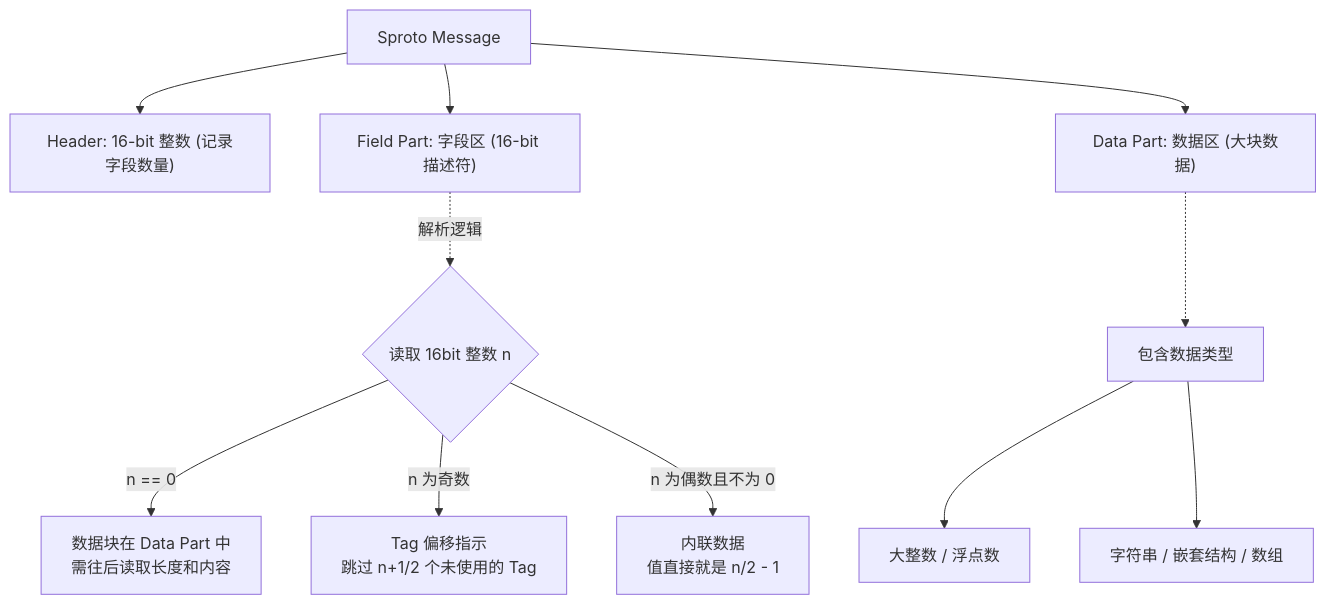
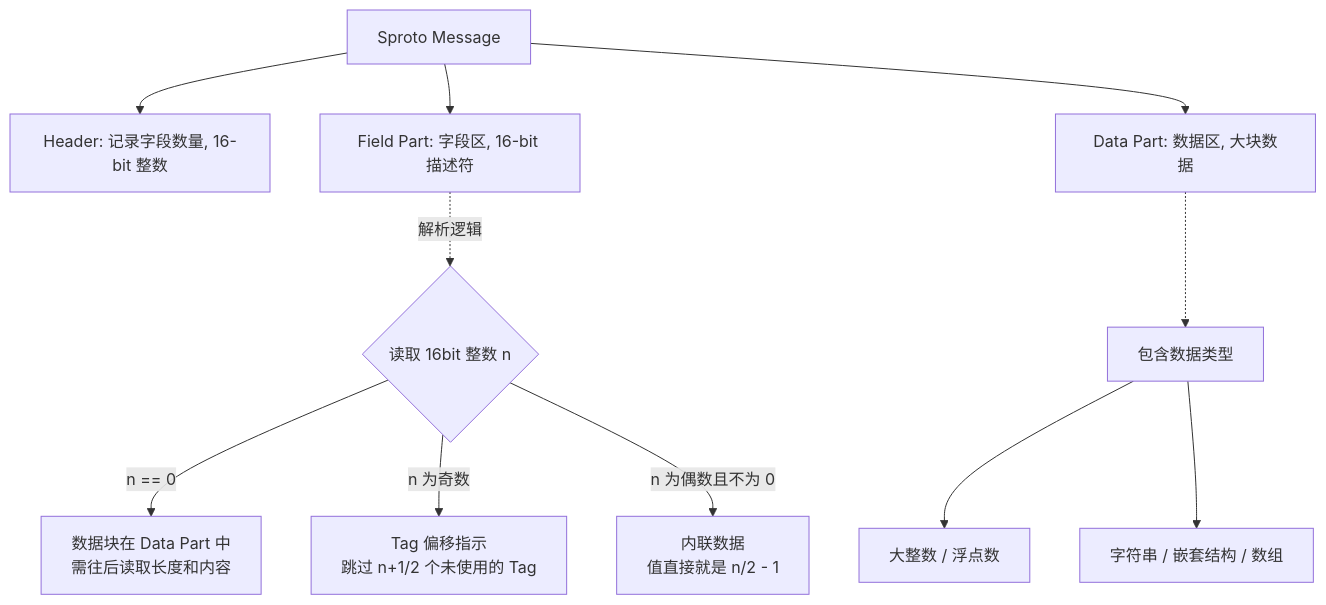
The diagram in content/post/sproto/index.md (WeissGoat/WBlog), drawn with Mermaid before and after one commit.

Commit message:
update post

````diff
--- a/content/post/sproto/index.md
+++ b/content/post/sproto/index.md
@@ -51,16 +51,16 @@
 ```mermaid
 graph TD
-    Msg[Sproto Message] --> Header["Header: 16-bit 整数 (记录字段数量)"]
-    Msg --> FieldPart["Field Part: 字段区 (16-bit 描述符)"]
-    Msg --> DataPart["Data Part: 数据区 (大块数据)"]
+    Msg[Sproto Message] --> Header["Header: 记录字段数量, 16-bit 整数"]
+    Msg --> FieldPart["Field Part: 字段区, 16-bit 描述符"]
+    Msg --> DataPart["Data Part: 数据区, 大块数据"]
 
     FieldPart -.解析逻辑.-> Logic{读取 16bit 整数 n}
     Logic --> |n == 0| InData[数据块在 Data Part 中<br/>需往后读取长度和内容]
     Logic --> |n 为奇数| TagOffset[Tag 偏移指示<br/>跳过 n+1/2 个未使用的 Tag]
     Logic --> |n 为偶数且不为 0| InlineData[内联数据<br/>值直接就是 n/2 - 1]
     
     DataPart -.-> Content["包含数据类型"]
     Content --> D1["大整数 / 浮点数"]
     Content --> D2["字符串 / 嵌套结构 / 数组"]
 
 ```
````
